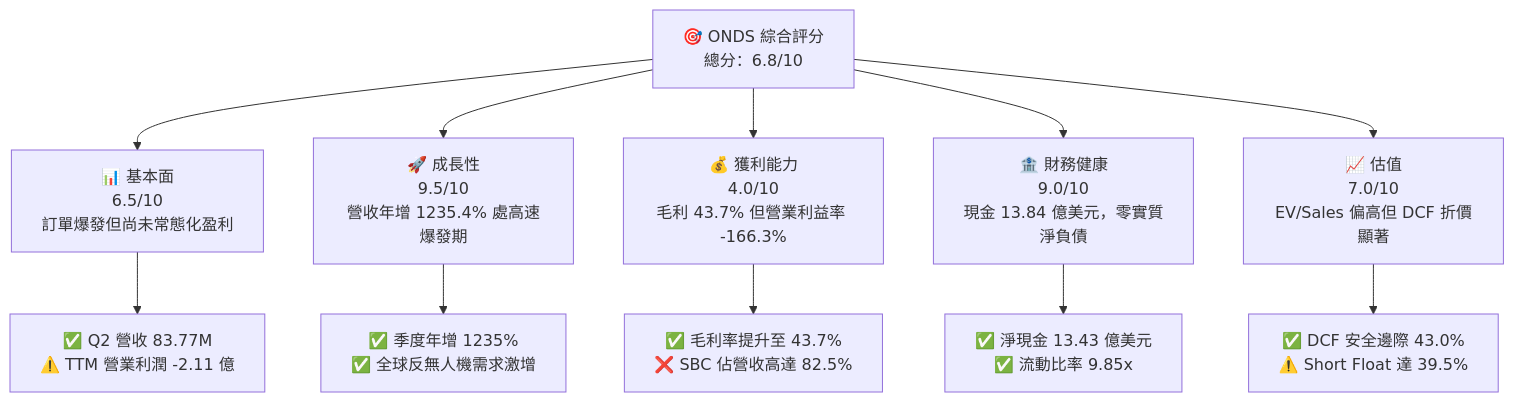
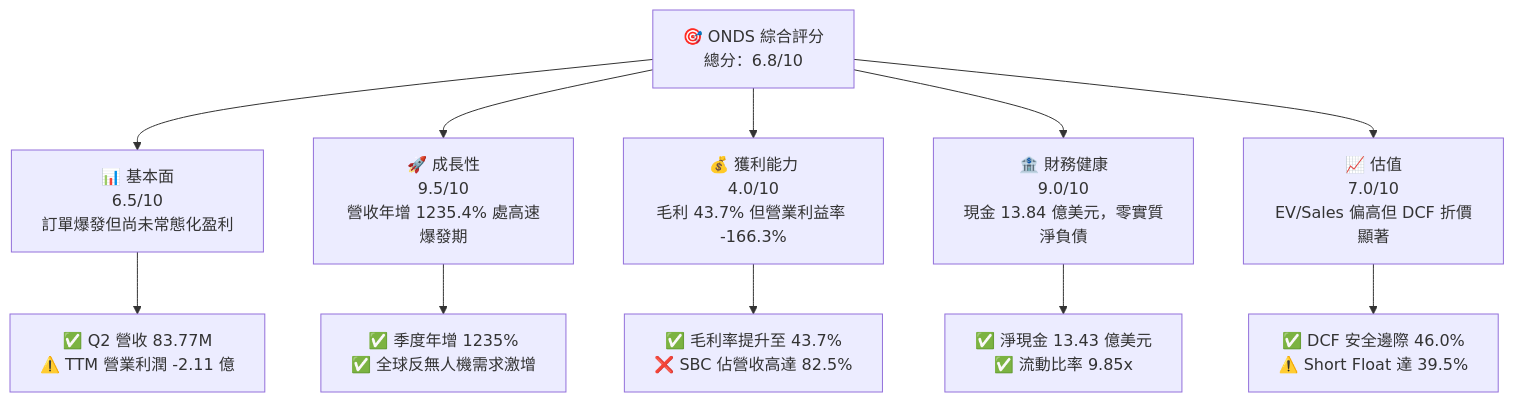
Before and after one commit to yennanliu/finance_data: the first of 15 diagrams in ai_gen_report/fundamental/onds/fundamental_analysis_2026-10-18_gemini.md, drawn with Mermaid. The commit also changed other lines of this file and 339 other files, not shown here.

````diff
--- a/ai_gen_report/fundamental/onds/fundamental_analysis_2026-10-18_gemini.md
+++ b/ai_gen_report/fundamental/onds/fundamental_analysis_2026-10-18_gemini.md
@@ -60,22 +67,22 @@
 ```mermaid
 graph TD
     TICKER["🎯 ONDS 綜合評分<br/>總分：6.8/10"]
 
     F["📊 基本面<br/>6.5/10<br/>訂單爆發但尚未常態化盈利"]
     G["🚀 成長性<br/>9.5/10<br/>營收年增 1235.4% 處高速爆發期"]
     P["💰 獲利能力<br/>4.0/10<br/>毛利 43.7% 但營業利益率 -166.3%"]
     B["🏦 財務健康<br/>9.0/10<br/>現金 13.84 億美元，零實質淨負債"]
     V["📈 估值<br/>7.0/10<br/>EV/Sales 偏高但 DCF 折價顯著"]
 
     TICKER --> F
     TICKER --> G
     TICKER --> P
     TICKER --> B
     TICKER --> V
 
     F --> F1["✅ Q2 營收 83.77M<br/>⚠️ TTM 營業利潤 -2.11 億"]
     G --> G1["✅ 季度年增 1235%<br/>✅ 全球反無人機需求激增"]
     P --> P1["✅ 毛利率提升至 43.7%<br/>❌ SBC 佔營收高達 82.5%"]
     B --> B1["✅ 淨現金 13.43 億美元<br/>✅ 流動比率 9.85x"]
-    V --> V1["✅ DCF 安全邊際 43.0%<br/>⚠️ Short Float 達 39.5%"]
+    V --> V1["✅ DCF 安全邊際 46.0%<br/>⚠️ Short Float 達 39.5%"]
 ```
````
